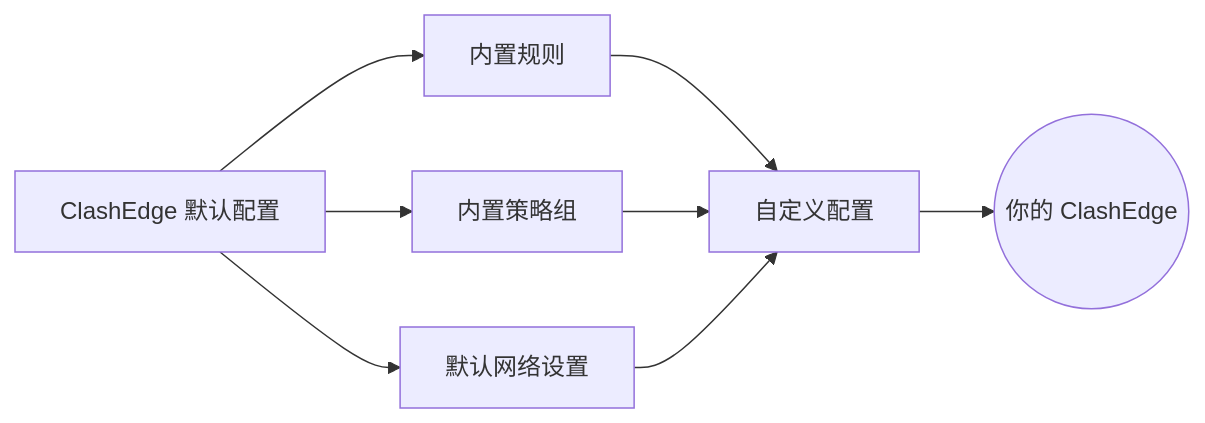
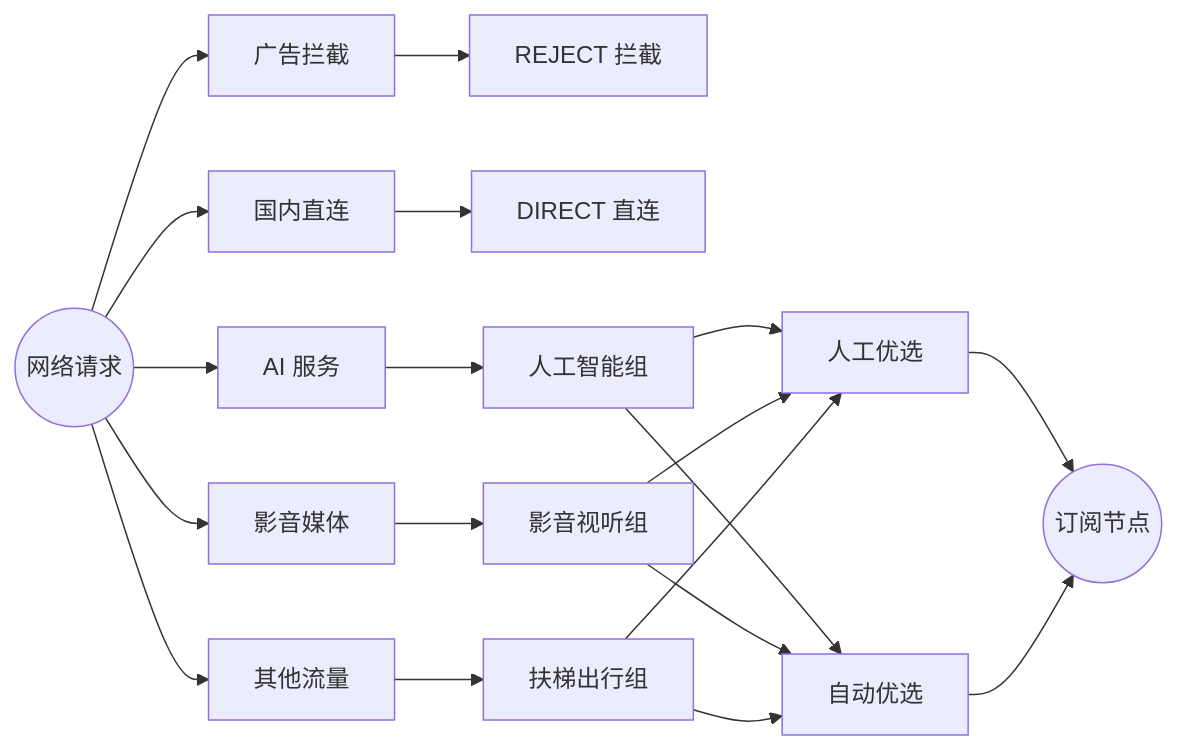
Before and after one commit to akaspyrean/clashedge: the second of 2 diagrams in README.md, drawn with Mermaid. The commit also changed other lines of this file and 20 other files, not shown here.

````diff
--- a/README.md
+++ b/README.md
@@ -216,14 +129,26 @@
 ```mermaid
 flowchart LR
-    A[ClashEdge 默认配置]
+    A((网络请求))
+    A --> AD[广告拦截]
+    A --> CN[国内直连]
+    A --> AI[AI 服务]
+    A --> M[影音媒体]
+    A --> P[其他流量]
 
-    A --> R[内置规则]
-    A --> G[内置策略组]
-    A --> S[默认网络设置]
+    AD --> X[REJECT 拦截]
+    CN --> D[DIRECT 直连]
 
-    R --> C[自定义配置]
-    G --> C
-    S --> C
+    AI --> S1[人工智能组]
+    M --> S2[影音视听组]
+    P --> S3[扶梯出行组]
 
-    C --> M((你的  ClashEdge))
+    S1 --> U[人工优选]
+    S1 --> T[自动优选]
+    S2 --> U
+    S2 --> T
+    S3 --> U
+    S3 --> T
+
+    U --> N((订阅节点))
+    T --> N
 ```
````
